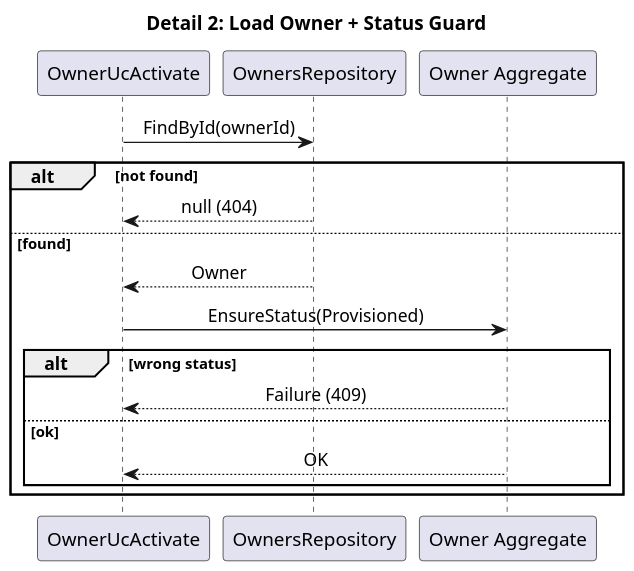
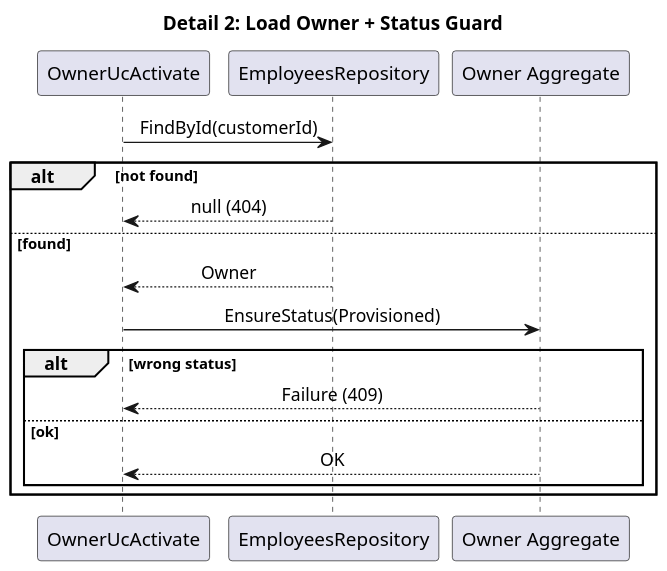
One commit to berndRog/Banking26DDD changed the diagram in BankingApi/1UML/Owner_UC_Activate/Activate_03_LoadOwner.puml. Above: the diagram before and after it, drawn with PlantUML. The commit also changed 142 other files, not shown here.

```diff
--- a/BankingApi/1UML/Owner_UC_Activate/Activate_03_LoadOwner.puml
+++ b/BankingApi/1UML/Owner_UC_Activate/Activate_03_LoadOwner.puml
@@ -1,24 +1,24 @@
 @startuml
 scale 1.35
 skinparam shadowing false
 skinparam sequenceMessageAlign center
 skinparam maxMessageSize 90
 title Detail 2: Load Owner + Status Guard
 
 participant "OwnerUcActivate" as U
-participant "OwnersRepository" as R
+participant "EmployeesRepository" as R
 participant "Owner Aggregate" as O
 
-U -> R : FindById(ownerId)
+U -> R : FindById(customerId)
 alt not found
   R --> U : null (404)
 else found
   R --> U : Owner
   U -> O : EnsureStatus(Provisioned)
   alt wrong status
     O --> U : Failure (409)
   else ok
     O --> U : OK
   end
 end
 @enduml
```
